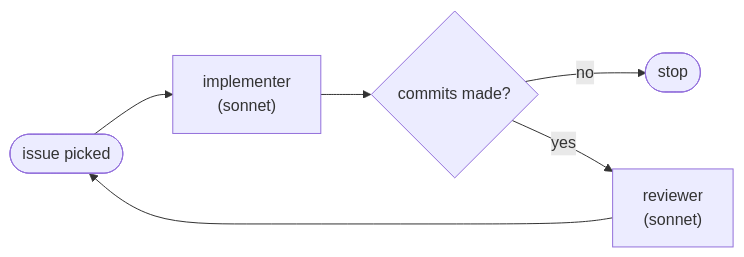
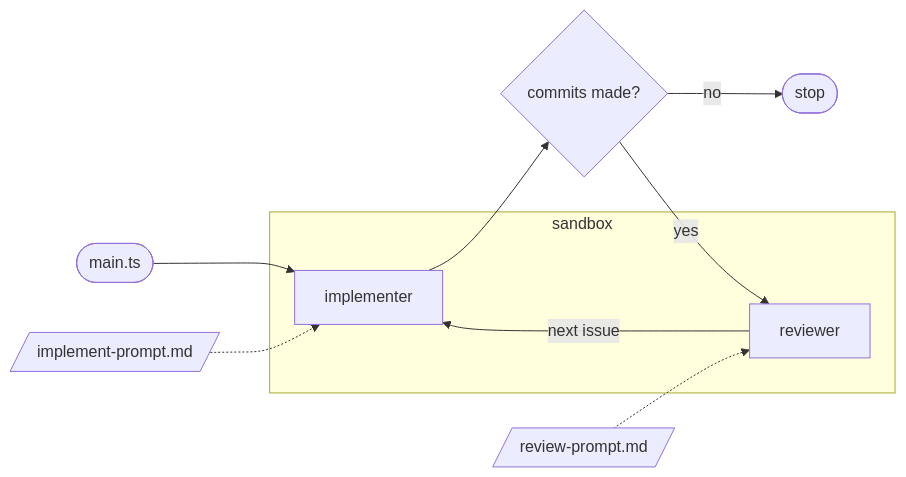
Before and after one commit to RRMoelker/sandcastle-beads-workshop: the third of 5 diagrams in slides/slides.md, drawn with Mermaid. The commit also changed other lines of this file and 3 other files, not shown here.

````diff
--- a/slides/slides.md
+++ b/slides/slides.md
@@ -243,8 +257,15 @@
 ```mermaid
 flowchart LR
-  A(["issue picked"]) --> B["implementer<br/>(sonnet)"]
+  A(["main.ts"]) --> B["implementer"]
+  IP[/"implement-prompt.md"/] -.-> B
   B --> C{"commits made?"}
   C -- no --> D(["stop"])
-  C -- yes --> E["reviewer<br/>(sonnet)"]
-  E --> A
+  C -- yes --> E["reviewer"]
+  RP[/"review-prompt.md"/] -.-> E
+  E -- "next issue" --> B
+
+  subgraph SB["sandbox"]
+    B
+    E
+  end
 ```
````
